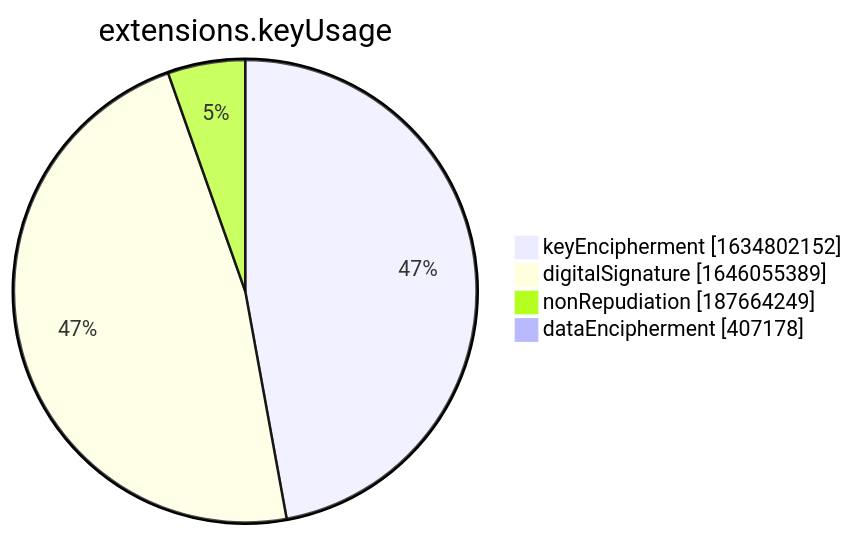
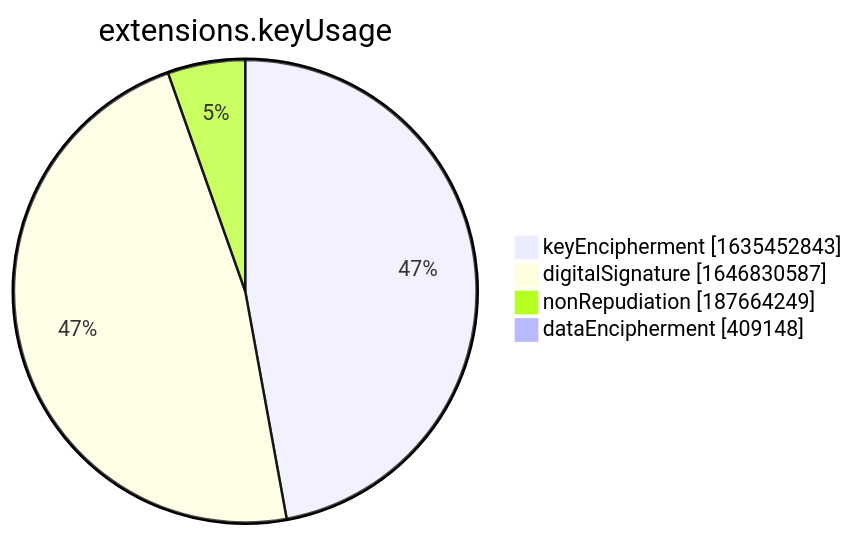
Before and after one commit to christiankrug/ctmonitor_visualization: the seventh of 15 diagrams in xenon2022/README.md, drawn with Mermaid. The commit also changed other lines of this file, not shown here.

````diff
--- a/xenon2022/README.md
+++ b/xenon2022/README.md
@@ -2855,8 +2855,8 @@
 ```mermaid
 pie showData
 title extensions.keyUsage
-"keyEncipherment" :1634802152
-"digitalSignature" :1646055389
+"keyEncipherment" :1635452843
+"digitalSignature" :1646830587
 "nonRepudiation" :187664249
-"dataEncipherment" :407178
+"dataEncipherment" :409148
 ```
````
